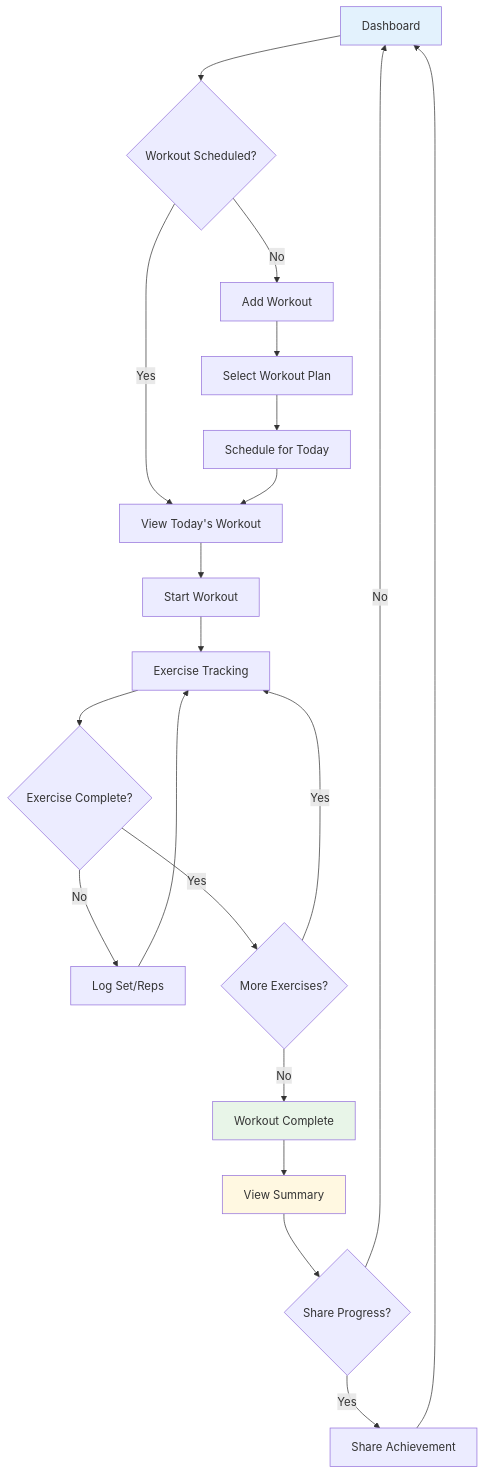
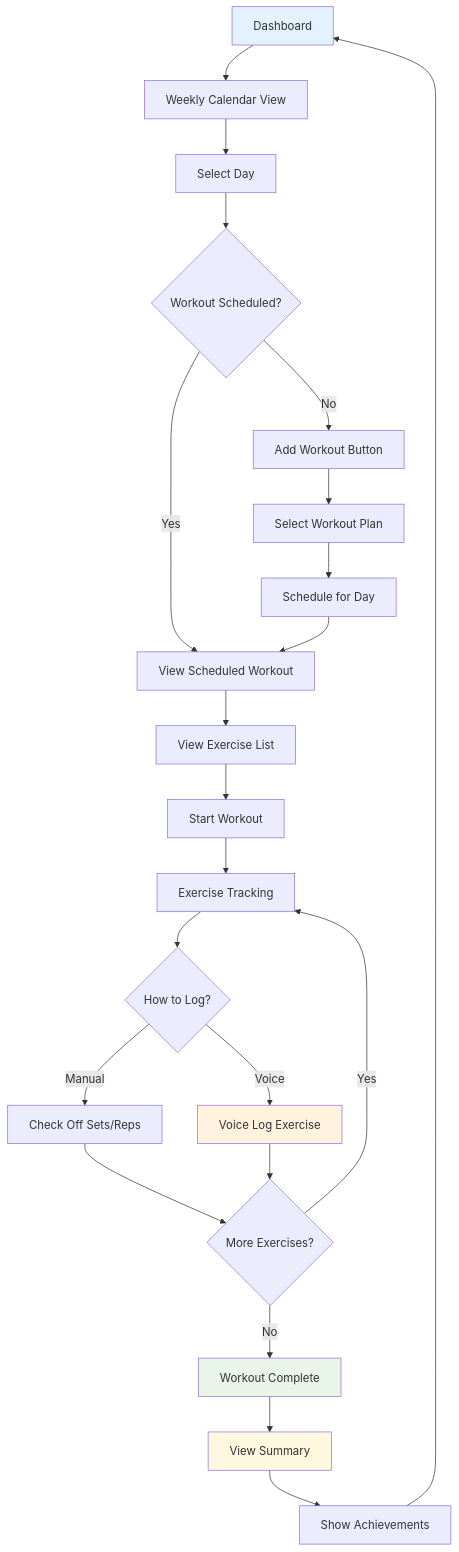
Before and after one commit to gs-admin1/hashimfit-voicecoach: the fourth of 8 diagrams in docs/USER_FLOWS.md, drawn with Mermaid. The commit also changed other lines of this file and 5 other files, not shown here.

````diff
--- a/docs/USER_FLOWS.md
+++ b/docs/USER_FLOWS.md
@@ -37,31 +116,36 @@
 ```mermaid
 flowchart TD
-    Dashboard[Dashboard] --> Schedule{Workout Scheduled?}
-    Schedule -->|Yes| ViewWorkout[View Today's Workout]
-    Schedule -->|No| AddWorkout[Add Workout]
+    Dashboard[Dashboard] --> WeekView[Weekly Calendar View]
+    WeekView --> SelectDay[Select Day]
+    SelectDay --> Schedule{Workout Scheduled?}
+    
+    Schedule -->|Yes| ViewWorkout[View Scheduled Workout]
+    Schedule -->|No| AddWorkout[Add Workout Button]
     
     AddWorkout --> SelectPlan[Select Workout Plan]
-    SelectPlan --> ScheduleIt[Schedule for Today]
+    SelectPlan --> ScheduleIt[Schedule for Day]
     ScheduleIt --> ViewWorkout
     
-    ViewWorkout --> StartWorkout[Start Workout]
+    ViewWorkout --> WorkoutDetails[View Exercise List]
+    WorkoutDetails --> StartWorkout[Start Workout]
     StartWorkout --> Exercise[Exercise Tracking]
     
-    Exercise --> Complete{Exercise Complete?}
-    Complete -->|No| LogSet[Log Set/Reps]
-    LogSet --> Exercise
-    Complete -->|Yes| NextEx{More Exercises?}
+    Exercise --> LogMethod{How to Log?}
+    LogMethod -->|Manual| ManualLog[Check Off Sets/Reps]
+    LogMethod -->|Voice| VoiceLog[Voice Log Exercise]
+    
+    ManualLog --> NextEx{More Exercises?}
+    VoiceLog --> NextEx
     
     NextEx -->|Yes| Exercise
     NextEx -->|No| WorkoutComplete[Workout Complete]
     
     WorkoutComplete --> Summary[View Summary]
-    Summary --> Share{Share Progress?}
-    Share -->|Yes| ShareWorkout[Share Achievement]
-    Share -->|No| Dashboard
-    ShareWorkout --> Dashboard
+    Summary --> Achievements[Show Achievements]
+    Achievements --> Dashboard
     
     style Dashboard fill:#e3f2fd
     style WorkoutComplete fill:#e8f5e8
+    style VoiceLog fill:#fff3e0
     style Summary fill:#fff8e1
 ```
````
